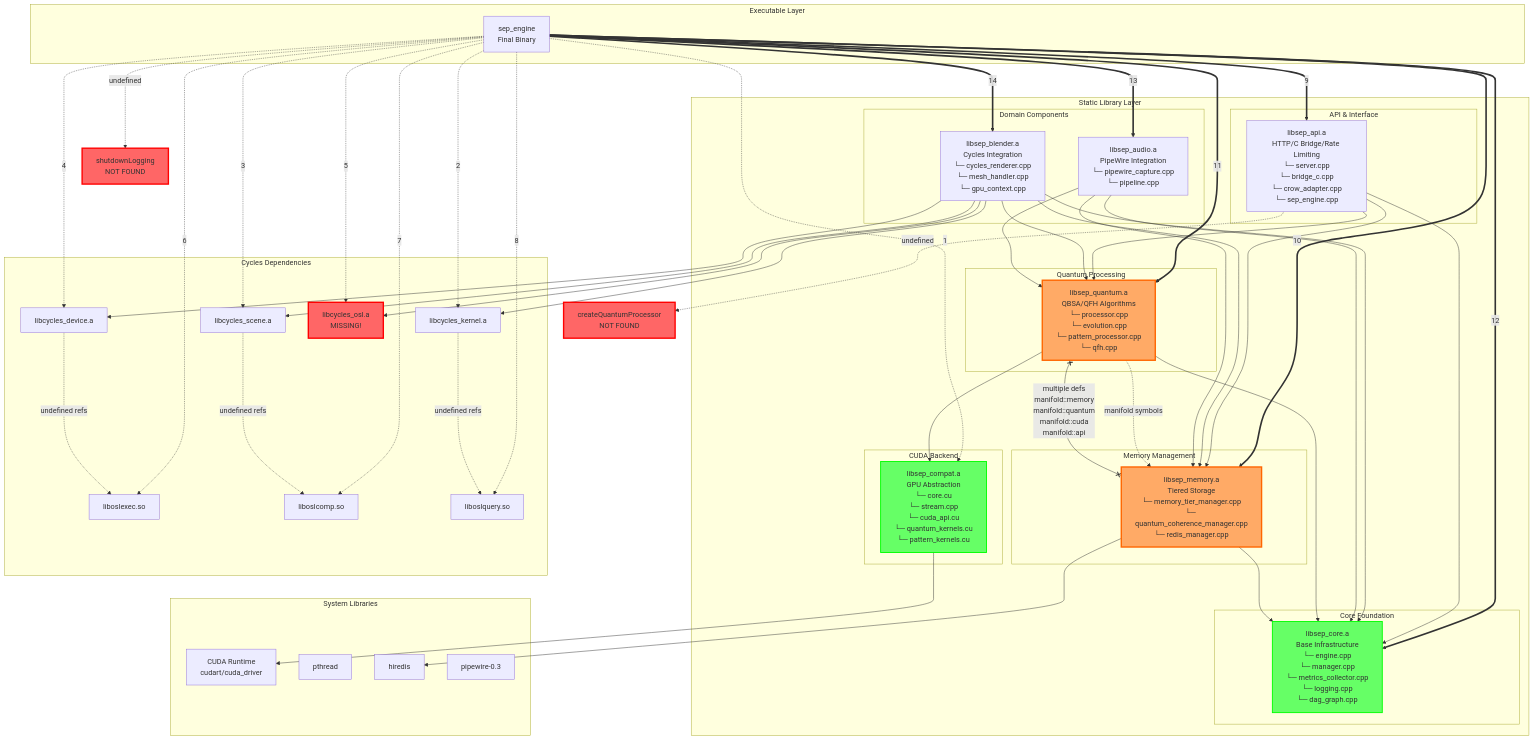
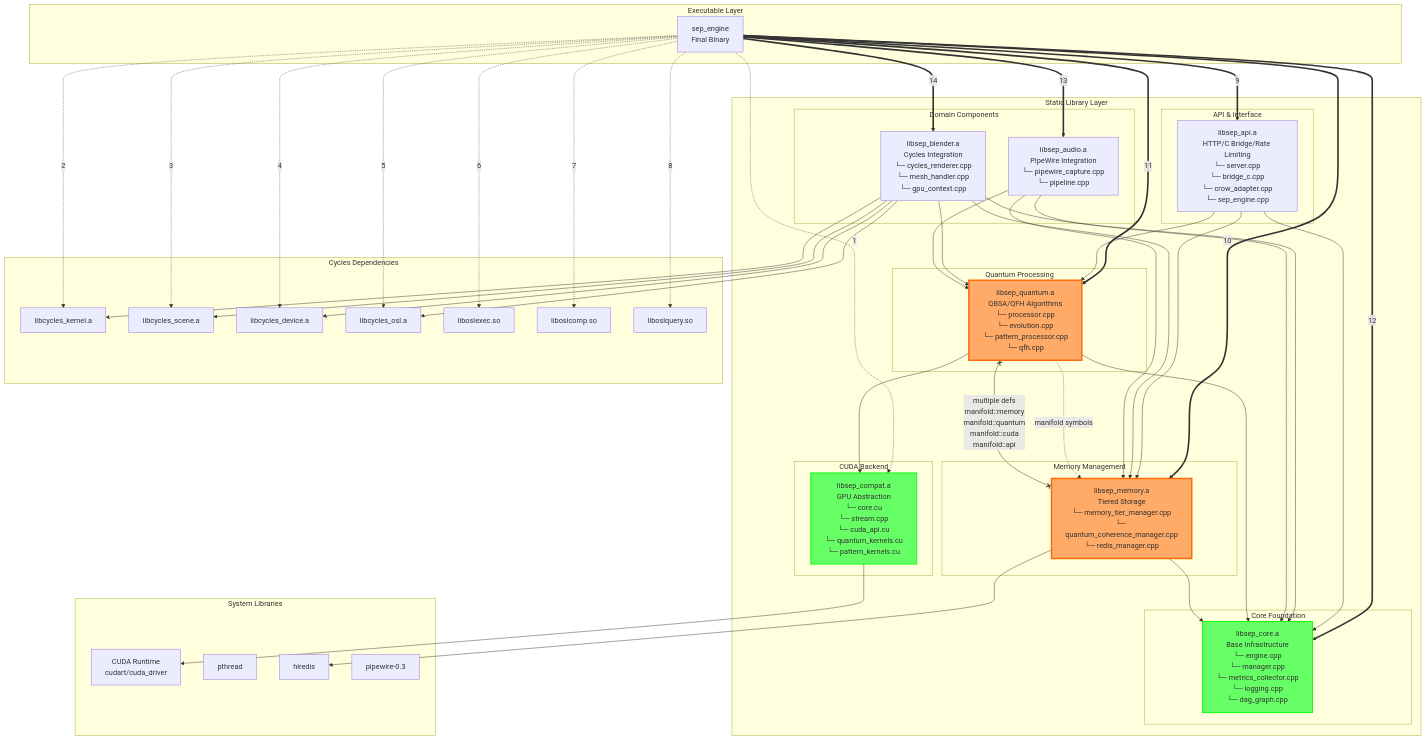
One commit to SepDynamics/sep changed the first of 9 diagrams in docs/ARCHITECTURE.md. Above: the diagram before and after it, drawn with Mermaid. The commit also changed 5 other files, not shown here.

````diff
--- a/docs/ARCHITECTURE.md
+++ b/docs/ARCHITECTURE.md
@@ -41,7 +41,7 @@
         cycles_kernel[libcycles_kernel.a]
         cycles_scene[libcycles_scene.a]
         cycles_device[libcycles_device.a]
-        cycles_osl[libcycles_osl.a<br/>MISSING!]
+        cycles_osl[libcycles_osl.a]
         osl_exec[liboslexec.so]
         osl_comp[liboslcomp.so]
         osl_query[liboslquery.so]
@@ -96,24 +96,15 @@
 
     compat --> cuda_runtime
 
-    %% Critical Missing Links
-    cycles_device -.->|undefined refs| osl_exec
-    cycles_scene -.->|undefined refs| osl_comp
-    cycles_kernel -.->|undefined refs| osl_query
 
     %% Symbol Conflicts
     quantum x--x|multiple defs<br/>manifold::memory<br/>manifold::quantum<br/>manifold::cuda<br/>manifold::api| memory
 
-    %% Missing Implementations
-    api -.->|undefined| createQuantumProcessor[createQuantumProcessor<br/>NOT FOUND]
-    exe -.->|undefined| shutdownLogging[shutdownLogging<br/>NOT FOUND]
 
     %% Styling
-    classDef missing fill:#ff6666,stroke:#ff0000,stroke-width:3px
     classDef conflict fill:#ffaa66,stroke:#ff6600,stroke-width:3px
     classDef critical fill:#66ff66,stroke:#00ff00,stroke-width:2px
     
-    class cycles_osl,createQuantumProcessor,shutdownLogging missing
     class quantum,memory conflict
     class compat,core critical
 ```
````
